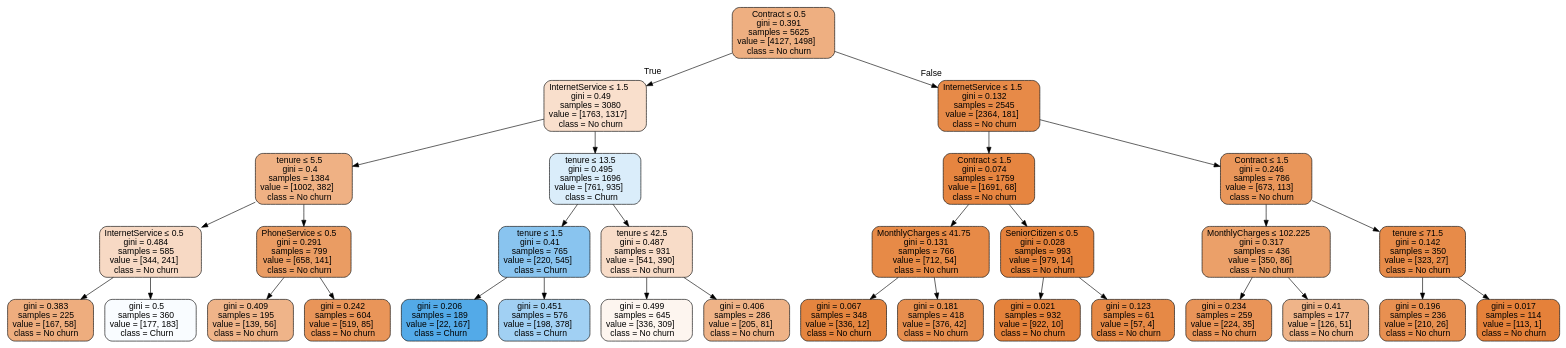
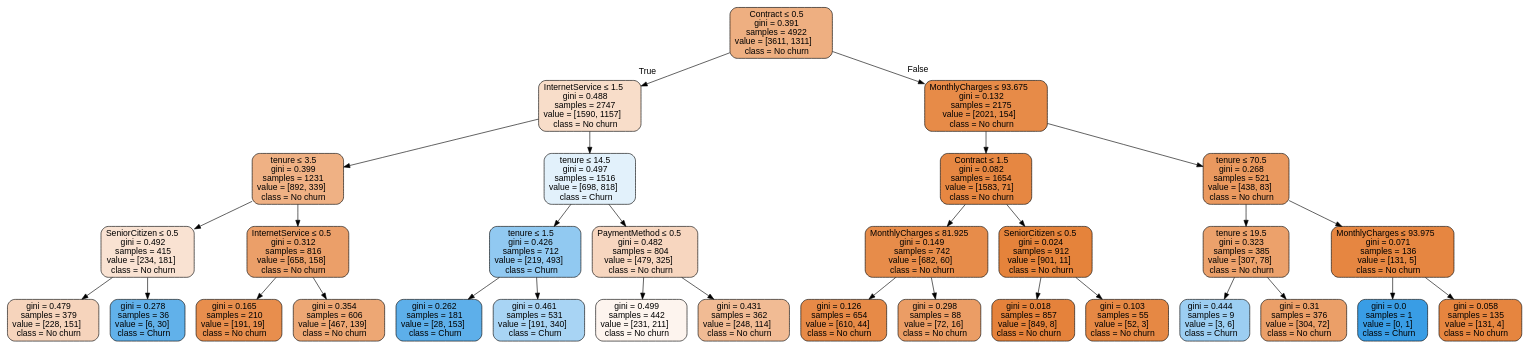
The diagram in decision_tree.gv (smarty1palak/Customer_Churn_Prediction), drawn with Graphviz before and after one commit. The commit also changed 22 other files, not shown here.

```diff
--- a/decision_tree.gv
+++ b/decision_tree.gv
@@ -1,65 +1,65 @@
 digraph Tree {
 node [shape=box, style="filled, rounded", color="black", fontname=helvetica] ;
 edge [fontname=helvetica] ;
-0 [label=<Contract &le; 0.5<br/>gini = 0.391<br/>samples = 5625<br/>value = [4127, 1498]<br/>class = No churn>, fillcolor="#e58139a2"] ;
-1 [label=<InternetService &le; 1.5<br/>gini = 0.49<br/>samples = 3080<br/>value = [1763, 1317]<br/>class = No churn>, fillcolor="#e5813941"] ;
+0 [label=<Contract &le; 0.5<br/>gini = 0.391<br/>samples = 4922<br/>value = [3611, 1311]<br/>class = No churn>, fillcolor="#eeaf81"] ;
+1 [label=<InternetService &le; 1.5<br/>gini = 0.488<br/>samples = 2747<br/>value = [1590, 1157]<br/>class = No churn>, fillcolor="#f8ddc9"] ;
 0 -> 1 [labeldistance=2.5, labelangle=45, headlabel="True"] ;
-2 [label=<tenure &le; 5.5<br/>gini = 0.4<br/>samples = 1384<br/>value = [1002, 382]<br/>class = No churn>, fillcolor="#e581399e"] ;
+2 [label=<tenure &le; 3.5<br/>gini = 0.399<br/>samples = 1231<br/>value = [892, 339]<br/>class = No churn>, fillcolor="#efb184"] ;
 1 -> 2 ;
-3 [label=<InternetService &le; 0.5<br/>gini = 0.484<br/>samples = 585<br/>value = [344, 241]<br/>class = No churn>, fillcolor="#e581394c"] ;
+3 [label=<SeniorCitizen &le; 0.5<br/>gini = 0.492<br/>samples = 415<br/>value = [234, 181]<br/>class = No churn>, fillcolor="#f9e2d2"] ;
 2 -> 3 ;
-4 [label=<gini = 0.383<br/>samples = 225<br/>value = [167, 58]<br/>class = No churn>, fillcolor="#e58139a6"] ;
+4 [label=<gini = 0.479<br/>samples = 379<br/>value = [228, 151]<br/>class = No churn>, fillcolor="#f6d4bc"] ;
 3 -> 4 ;
-5 [label=<gini = 0.5<br/>samples = 360<br/>value = [177, 183]<br/>class = Churn>, fillcolor="#399de508"] ;
+5 [label=<gini = 0.278<br/>samples = 36<br/>value = [6, 30]<br/>class = Churn>, fillcolor="#61b1ea"] ;
 3 -> 5 ;
-6 [label=<PhoneService &le; 0.5<br/>gini = 0.291<br/>samples = 799<br/>value = [658, 141]<br/>class = No churn>, fillcolor="#e58139c8"] ;
+6 [label=<InternetService &le; 0.5<br/>gini = 0.312<br/>samples = 816<br/>value = [658, 158]<br/>class = No churn>, fillcolor="#eb9f69"] ;
 2 -> 6 ;
-7 [label=<gini = 0.409<br/>samples = 195<br/>value = [139, 56]<br/>class = No churn>, fillcolor="#e5813998"] ;
+7 [label=<gini = 0.165<br/>samples = 210<br/>value = [191, 19]<br/>class = No churn>, fillcolor="#e88e4d"] ;
 6 -> 7 ;
-8 [label=<gini = 0.242<br/>samples = 604<br/>value = [519, 85]<br/>class = No churn>, fillcolor="#e58139d5"] ;
+8 [label=<gini = 0.354<br/>samples = 606<br/>value = [467, 139]<br/>class = No churn>, fillcolor="#eda774"] ;
 6 -> 8 ;
-9 [label=<tenure &le; 13.5<br/>gini = 0.495<br/>samples = 1696<br/>value = [761, 935]<br/>class = Churn>, fillcolor="#399de52f"] ;
+9 [label=<tenure &le; 14.5<br/>gini = 0.497<br/>samples = 1516<br/>value = [698, 818]<br/>class = Churn>, fillcolor="#e2f1fb"] ;
 1 -> 9 ;
-10 [label=<tenure &le; 1.5<br/>gini = 0.41<br/>samples = 765<br/>value = [220, 545]<br/>class = Churn>, fillcolor="#399de598"] ;
+10 [label=<tenure &le; 1.5<br/>gini = 0.426<br/>samples = 712<br/>value = [219, 493]<br/>class = Churn>, fillcolor="#91c9f1"] ;
 9 -> 10 ;
-11 [label=<gini = 0.206<br/>samples = 189<br/>value = [22, 167]<br/>class = Churn>, fillcolor="#399de5dd"] ;
+11 [label=<gini = 0.262<br/>samples = 181<br/>value = [28, 153]<br/>class = Churn>, fillcolor="#5dafea"] ;
 10 -> 11 ;
-12 [label=<gini = 0.451<br/>samples = 576<br/>value = [198, 378]<br/>class = Churn>, fillcolor="#399de579"] ;
+12 [label=<gini = 0.461<br/>samples = 531<br/>value = [191, 340]<br/>class = Churn>, fillcolor="#a8d4f4"] ;
 10 -> 12 ;
-13 [label=<tenure &le; 42.5<br/>gini = 0.487<br/>samples = 931<br/>value = [541, 390]<br/>class = No churn>, fillcolor="#e5813947"] ;
+13 [label=<PaymentMethod &le; 0.5<br/>gini = 0.482<br/>samples = 804<br/>value = [479, 325]<br/>class = No churn>, fillcolor="#f7d6bf"] ;
 9 -> 13 ;
-14 [label=<gini = 0.499<br/>samples = 645<br/>value = [336, 309]<br/>class = No churn>, fillcolor="#e5813914"] ;
+14 [label=<gini = 0.499<br/>samples = 442<br/>value = [231, 211]<br/>class = No churn>, fillcolor="#fdf4ee"] ;
 13 -> 14 ;
-15 [label=<gini = 0.406<br/>samples = 286<br/>value = [205, 81]<br/>class = No churn>, fillcolor="#e581399a"] ;
+15 [label=<gini = 0.431<br/>samples = 362<br/>value = [248, 114]<br/>class = No churn>, fillcolor="#f1bb94"] ;
 13 -> 15 ;
-16 [label=<InternetService &le; 1.5<br/>gini = 0.132<br/>samples = 2545<br/>value = [2364, 181]<br/>class = No churn>, fillcolor="#e58139eb"] ;
+16 [label=<MonthlyCharges &le; 93.675<br/>gini = 0.132<br/>samples = 2175<br/>value = [2021, 154]<br/>class = No churn>, fillcolor="#e78b48"] ;
 0 -> 16 [labeldistance=2.5, labelangle=-45, headlabel="False"] ;
-17 [label=<Contract &le; 1.5<br/>gini = 0.074<br/>samples = 1759<br/>value = [1691, 68]<br/>class = No churn>, fillcolor="#e58139f5"] ;
+17 [label=<Contract &le; 1.5<br/>gini = 0.082<br/>samples = 1654<br/>value = [1583, 71]<br/>class = No churn>, fillcolor="#e68742"] ;
 16 -> 17 ;
-18 [label=<MonthlyCharges &le; 41.75<br/>gini = 0.131<br/>samples = 766<br/>value = [712, 54]<br/>class = No churn>, fillcolor="#e58139ec"] ;
+18 [label=<MonthlyCharges &le; 81.925<br/>gini = 0.149<br/>samples = 742<br/>value = [682, 60]<br/>class = No churn>, fillcolor="#e78c4a"] ;
 17 -> 18 ;
-19 [label=<gini = 0.067<br/>samples = 348<br/>value = [336, 12]<br/>class = No churn>, fillcolor="#e58139f6"] ;
+19 [label=<gini = 0.126<br/>samples = 654<br/>value = [610, 44]<br/>class = No churn>, fillcolor="#e78a47"] ;
 18 -> 19 ;
-20 [label=<gini = 0.181<br/>samples = 418<br/>value = [376, 42]<br/>class = No churn>, fillcolor="#e58139e3"] ;
+20 [label=<gini = 0.298<br/>samples = 88<br/>value = [72, 16]<br/>class = No churn>, fillcolor="#eb9d65"] ;
 18 -> 20 ;
-21 [label=<SeniorCitizen &le; 0.5<br/>gini = 0.028<br/>samples = 993<br/>value = [979, 14]<br/>class = No churn>, fillcolor="#e58139fb"] ;
+21 [label=<SeniorCitizen &le; 0.5<br/>gini = 0.024<br/>samples = 912<br/>value = [901, 11]<br/>class = No churn>, fillcolor="#e5833b"] ;
 17 -> 21 ;
-22 [label=<gini = 0.021<br/>samples = 932<br/>value = [922, 10]<br/>class = No churn>, fillcolor="#e58139fc"] ;
+22 [label=<gini = 0.018<br/>samples = 857<br/>value = [849, 8]<br/>class = No churn>, fillcolor="#e5823b"] ;
 21 -> 22 ;
-23 [label=<gini = 0.123<br/>samples = 61<br/>value = [57, 4]<br/>class = No churn>, fillcolor="#e58139ed"] ;
+23 [label=<gini = 0.103<br/>samples = 55<br/>value = [52, 3]<br/>class = No churn>, fillcolor="#e68844"] ;
 21 -> 23 ;
-24 [label=<Contract &le; 1.5<br/>gini = 0.246<br/>samples = 786<br/>value = [673, 113]<br/>class = No churn>, fillcolor="#e58139d4"] ;
+24 [label=<tenure &le; 70.5<br/>gini = 0.268<br/>samples = 521<br/>value = [438, 83]<br/>class = No churn>, fillcolor="#ea995f"] ;
 16 -> 24 ;
-25 [label=<MonthlyCharges &le; 102.225<br/>gini = 0.317<br/>samples = 436<br/>value = [350, 86]<br/>class = No churn>, fillcolor="#e58139c0"] ;
+25 [label=<tenure &le; 19.5<br/>gini = 0.323<br/>samples = 385<br/>value = [307, 78]<br/>class = No churn>, fillcolor="#eca16b"] ;
 24 -> 25 ;
-26 [label=<gini = 0.234<br/>samples = 259<br/>value = [224, 35]<br/>class = No churn>, fillcolor="#e58139d7"] ;
+26 [label=<gini = 0.444<br/>samples = 9<br/>value = [3, 6]<br/>class = Churn>, fillcolor="#9ccef2"] ;
 25 -> 26 ;
-27 [label=<gini = 0.41<br/>samples = 177<br/>value = [126, 51]<br/>class = No churn>, fillcolor="#e5813998"] ;
+27 [label=<gini = 0.31<br/>samples = 376<br/>value = [304, 72]<br/>class = No churn>, fillcolor="#eb9f68"] ;
 25 -> 27 ;
-28 [label=<tenure &le; 71.5<br/>gini = 0.142<br/>samples = 350<br/>value = [323, 27]<br/>class = No churn>, fillcolor="#e58139ea"] ;
+28 [label=<MonthlyCharges &le; 93.975<br/>gini = 0.071<br/>samples = 136<br/>value = [131, 5]<br/>class = No churn>, fillcolor="#e68641"] ;
 24 -> 28 ;
-29 [label=<gini = 0.196<br/>samples = 236<br/>value = [210, 26]<br/>class = No churn>, fillcolor="#e58139df"] ;
+29 [label=<gini = 0.0<br/>samples = 1<br/>value = [0, 1]<br/>class = Churn>, fillcolor="#399de5"] ;
 28 -> 29 ;
-30 [label=<gini = 0.017<br/>samples = 114<br/>value = [113, 1]<br/>class = No churn>, fillcolor="#e58139fd"] ;
+30 [label=<gini = 0.058<br/>samples = 135<br/>value = [131, 4]<br/>class = No churn>, fillcolor="#e6853f"] ;
 28 -> 30 ;
 }
```
